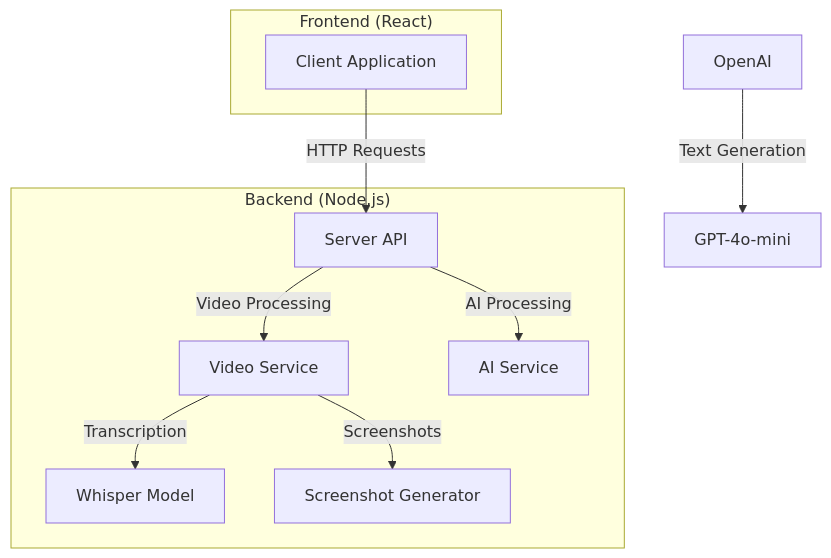
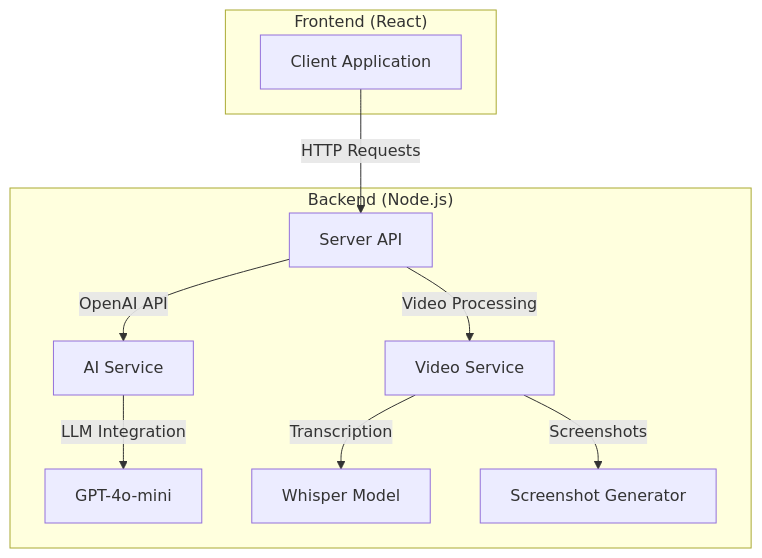
Before and after one commit to jazmy/videonotesgen: the diagram in README.md, drawn with Mermaid.

````diff
--- a/README.md
+++ b/README.md
@@ -166,22 +166,22 @@
 ```mermaid
 graph TD
     Client[Client Application] -->|HTTP Requests| Server[Server API]
     Server -->|Video Processing| VideoService[Video Service]
-    Server -->|AI Processing| AIService[AI Service]
+    Server -->|OpenAI API| AIService[AI Service]
+    AIService -->|LLM Integration| GPT-4o-mini[GPT-4o-mini]
     VideoService -->|Transcription| Whisper[Whisper Model]
     VideoService -->|Screenshots| ScreenshotGen[Screenshot Generator]
-    OpenAI -->|Text Generation| GPT-4o-mini[GPT-4o-mini]
     
     subgraph "Frontend (React)"
         Client
     end
     
     subgraph "Backend (Node.js)"
         Server
         VideoService
         AIService
         Whisper
         ScreenshotGen
+        GPT-4o-mini
     end
-    
 ```
````
